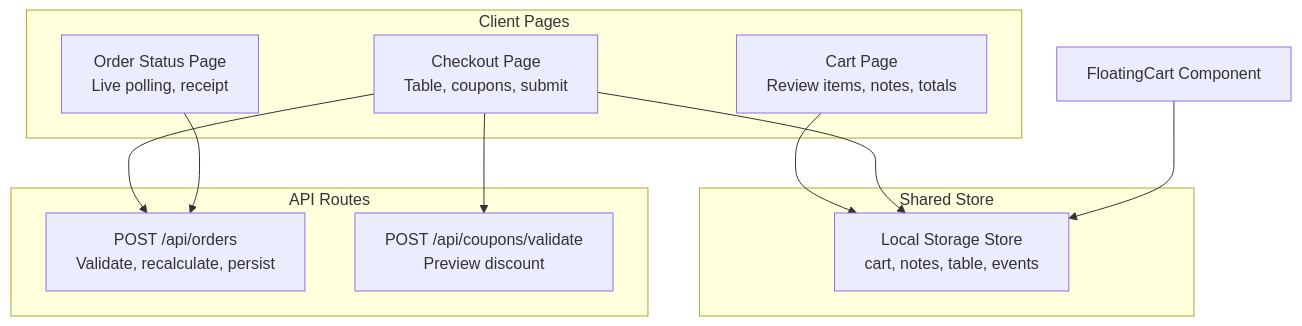
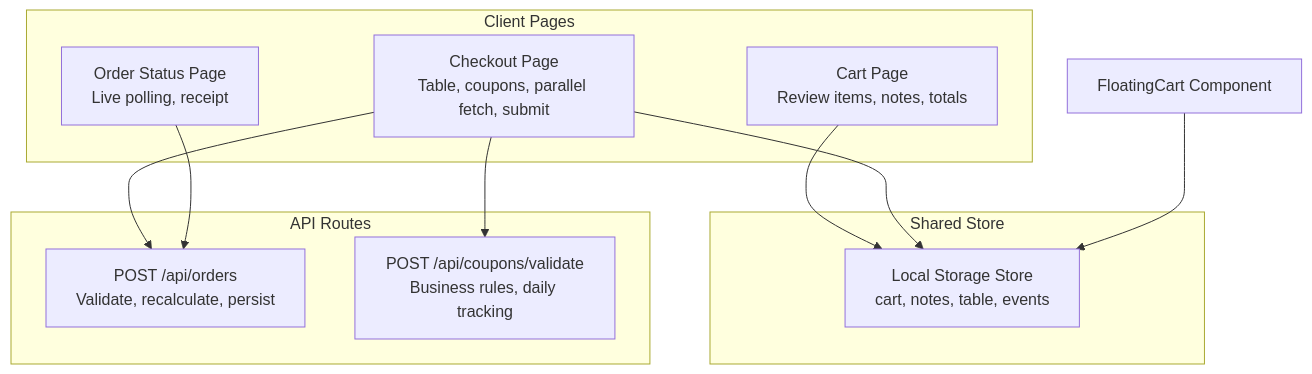
The first of 10 diagrams in .qoder/repowiki/en/content/Core Features/Cart & Ordering System.md (Ice-Nao-Eevee/Tera_Work), drawn with Mermaid before and after one commit. The commit also changed other lines of this file and 49 other files, not shown here.

````diff
--- a/.qoder/repowiki/en/content/Core Features/Cart & Ordering System.md
+++ b/.qoder/repowiki/en/content/Core Features/Cart & Ordering System.md
@@ -44,21 +52,21 @@
 ```mermaid
 graph TB
 subgraph "Client Pages"
 CartPage["Cart Page<br/>Review items, notes, totals"]
-CheckoutPage["Checkout Page<br/>Table, coupons, submit"]
+CheckoutPage["Checkout Page<br/>Table, coupons, parallel fetch, submit"]
 OrderStatusPage["Order Status Page<br/>Live polling, receipt"]
 end
 subgraph "Shared Store"
 Store["Local Storage Store<br/>cart, notes, table, events"]
 end
 subgraph "API Routes"
 OrdersAPI["POST /api/orders<br/>Validate, recalculate, persist"]
-CouponsAPI["POST /api/coupons/validate<br/>Preview discount"]
+CouponsAPI["POST /api/coupons/validate<br/>Business rules, daily tracking"]
 end
 CartPage --> Store
 CheckoutPage --> Store
 FloatingCart["FloatingCart Component"] --> Store
 CheckoutPage --> OrdersAPI
 CheckoutPage --> CouponsAPI
 OrderStatusPage --> OrdersAPI
 ```
````
